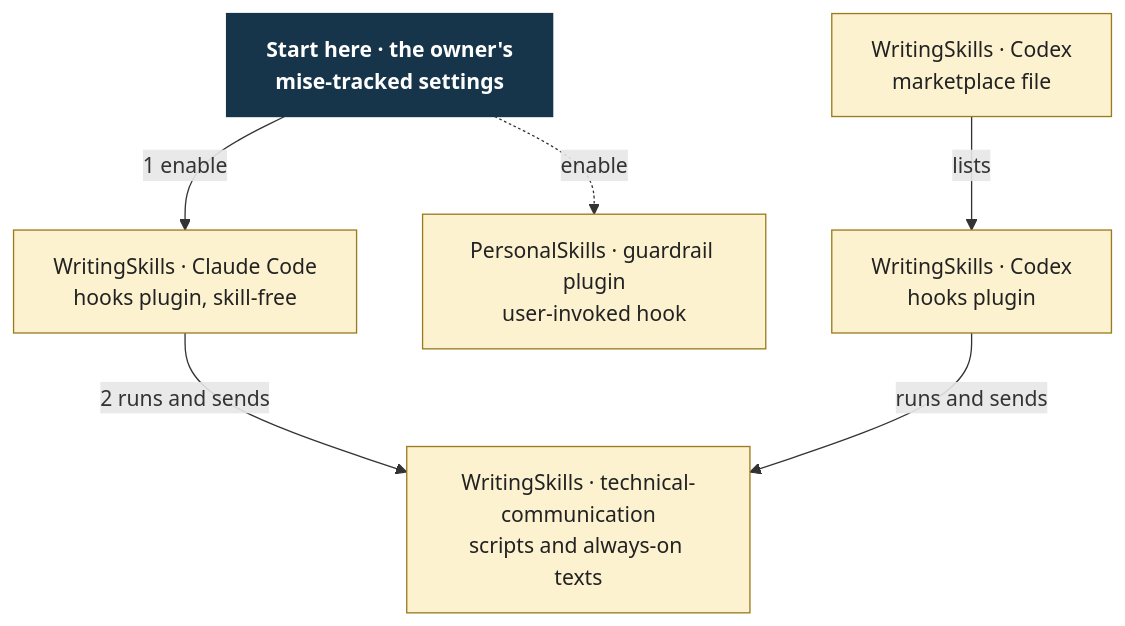
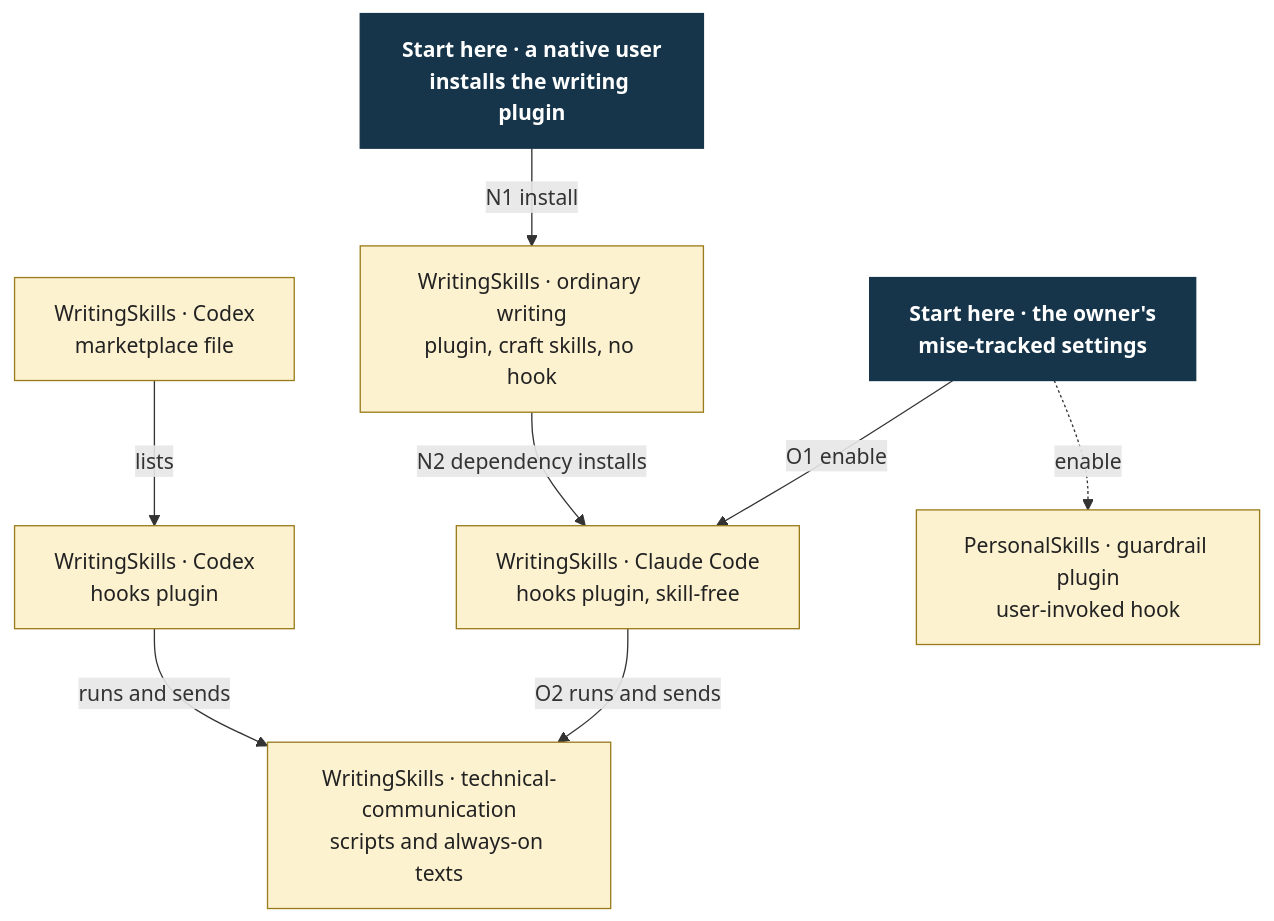
One commit to Linkuistics/grove changed the diagram in docs/design/external-pack-contract/membership-hooks.mmd. Above: the diagram before and after it, drawn with Mermaid. The commit also changed 12 other files, not shown here.

```diff
--- a/docs/design/external-pack-contract/membership-hooks.mmd
+++ b/docs/design/external-pack-contract/membership-hooks.mmd
@@ -1,16 +1,20 @@
 flowchart TB
     S["Start here · the owner's<br/>mise-tracked settings"]
+    N["Start here · a native user<br/>installs the writing plugin"]
+    WP["WritingSkills · ordinary writing<br/>plugin, craft skills, no hook"]
     CCP["WritingSkills · Claude Code<br/>hooks plugin, skill-free"]
     CXM["WritingSkills · Codex<br/>marketplace file"]
     CXP["WritingSkills · Codex<br/>hooks plugin"]
     TC["WritingSkills · technical-communication<br/>scripts and always-on texts"]
     GR["PersonalSkills · guardrail plugin<br/>user-invoked hook"]
-    S -->|"1 enable"| CCP
-    CCP -->|"2 runs and sends"| TC
+    S -->|"O1 enable"| CCP
+    CCP -->|"O2 runs and sends"| TC
+    N -->|"N1 install"| WP
+    WP -->|"N2 dependency installs"| CCP
     CXM -->|"lists"| CXP
     CXP -->|"runs and sends"| TC
     S -.->|"enable"| GR
     classDef start fill:#16354a,color:#fff,stroke:#16354a,font-weight:bold
     classDef pack fill:#fdf2d0,stroke:#9a7b1c,color:#222
-    class S start
-    class CCP,CXM,CXP,TC,GR pack
+    class S,N start
+    class WP,CCP,CXM,CXP,TC,GR pack
```
